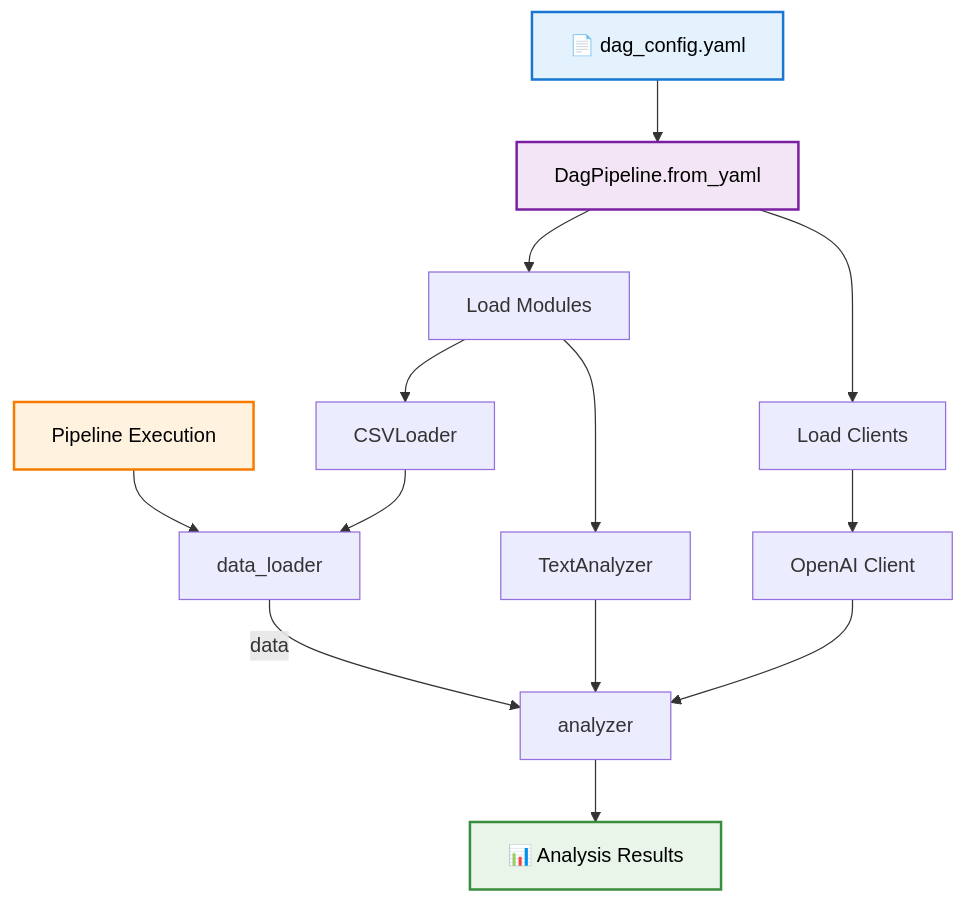
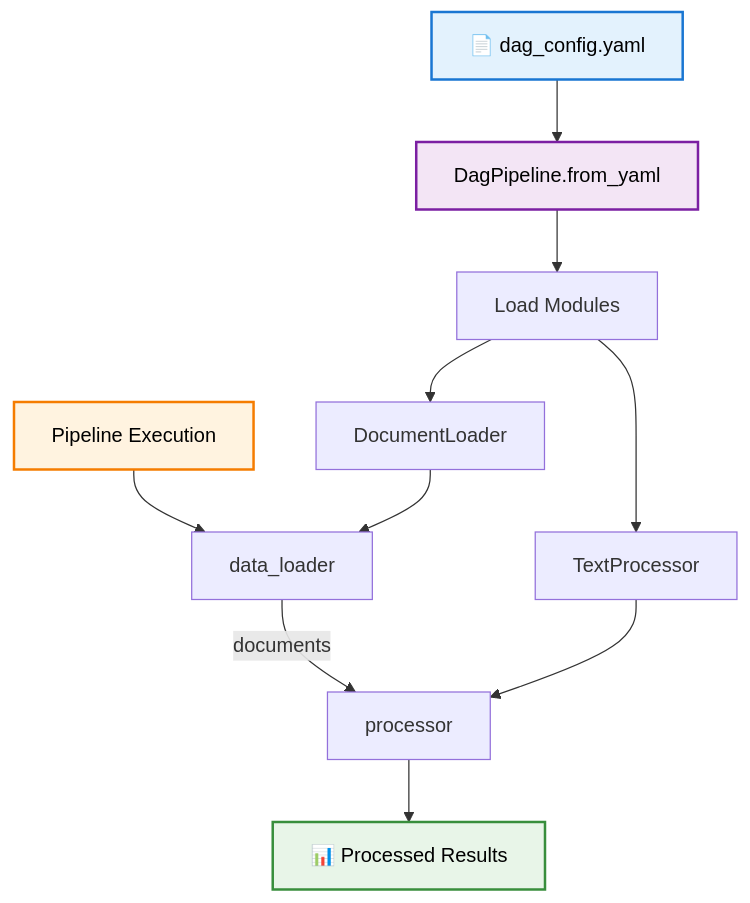
The fourth of 5 diagrams in DatapizzAI/PizzAI/Pipeline/README_PIPELINE_GUIDE.md (Rkomi98/Datapizza), drawn with Mermaid before and after one commit. The commit also changed other lines of this file and 4 other files, not shown here.

````diff
--- a/DatapizzAI/PizzAI/Pipeline/README_PIPELINE_GUIDE.md
+++ b/DatapizzAI/PizzAI/Pipeline/README_PIPELINE_GUIDE.md
@@ -533,24 +547,20 @@
 ```mermaid
 graph TD
     A[📄 dag_config.yaml] --> B[DagPipeline.from_yaml]
-    B --> C[Load Clients]
-    B --> D[Load Modules]
+    B --> C[Load Modules]
+    C --> D[DocumentLoader]
+    C --> E[TextProcessor]
     
-    C --> E[OpenAI Client]
-    D --> F[CSVLoader]
-    D --> G[TextAnalyzer]
+    F[Pipeline Execution] --> G[data_loader]
+    G -->|documents| H[processor]
     
-    H[Pipeline Execution] --> I[data_loader]
-    I -->|data| J[analyzer]
+    D --> G
+    E --> H
     
-    F --> I
-    G --> J
-    E --> J
-    
-    J --> K[📊 Analysis Results]
+    H --> I[📊 Processed Results]
     
     style A fill:#e3f2fd,stroke:#1976d2,stroke-width:2px,color:#000
     style B fill:#f3e5f5,stroke:#7b1fa2,stroke-width:2px,color:#000
-    style H fill:#fff3e0,stroke:#f57c00,stroke-width:2px,color:#000
-    style K fill:#e8f5e8,stroke:#388e3c,stroke-width:2px,color:#000
+    style F fill:#fff3e0,stroke:#f57c00,stroke-width:2px,color:#000
+    style I fill:#e8f5e8,stroke:#388e3c,stroke-width:2px,color:#000
 ```
````
